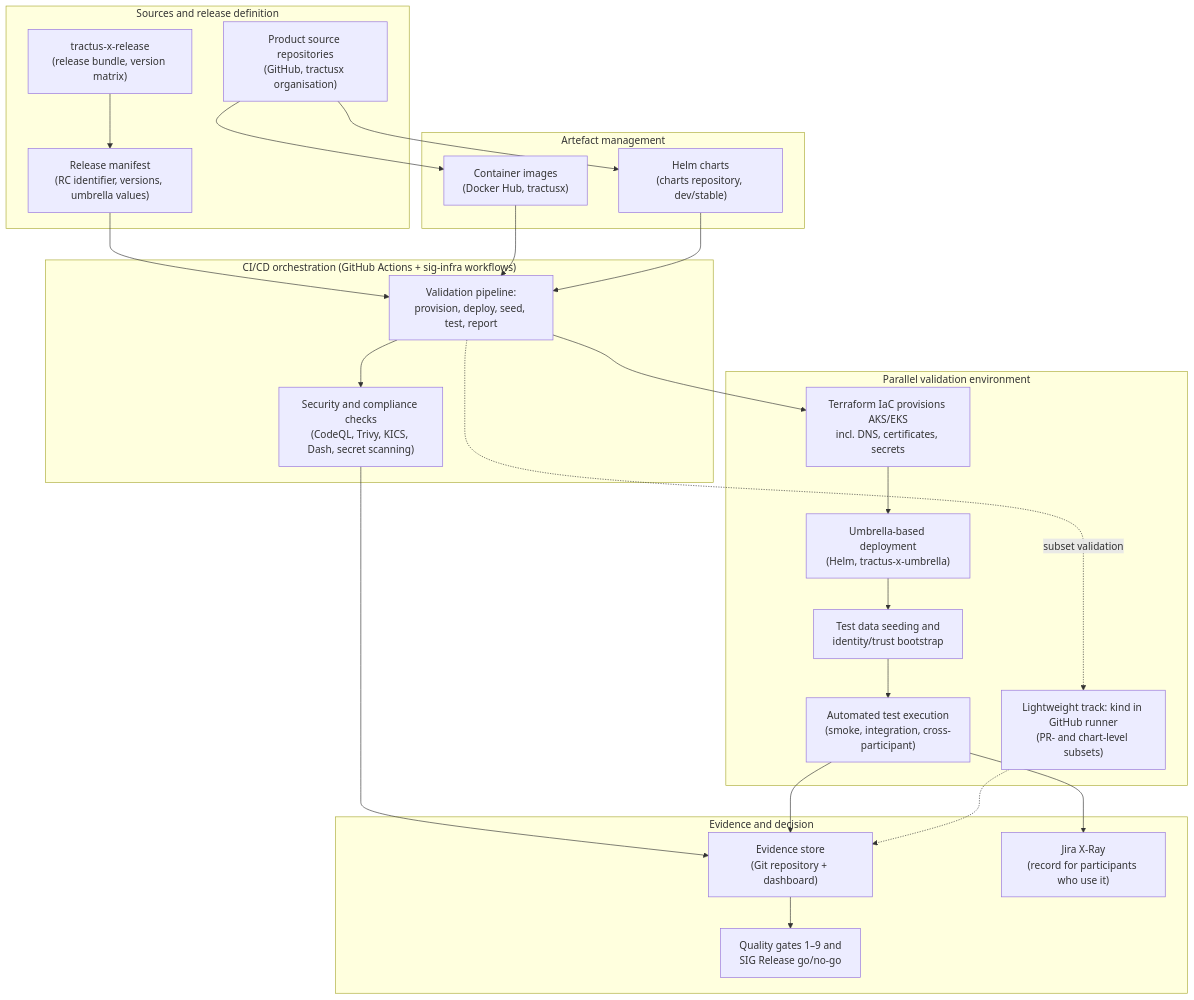
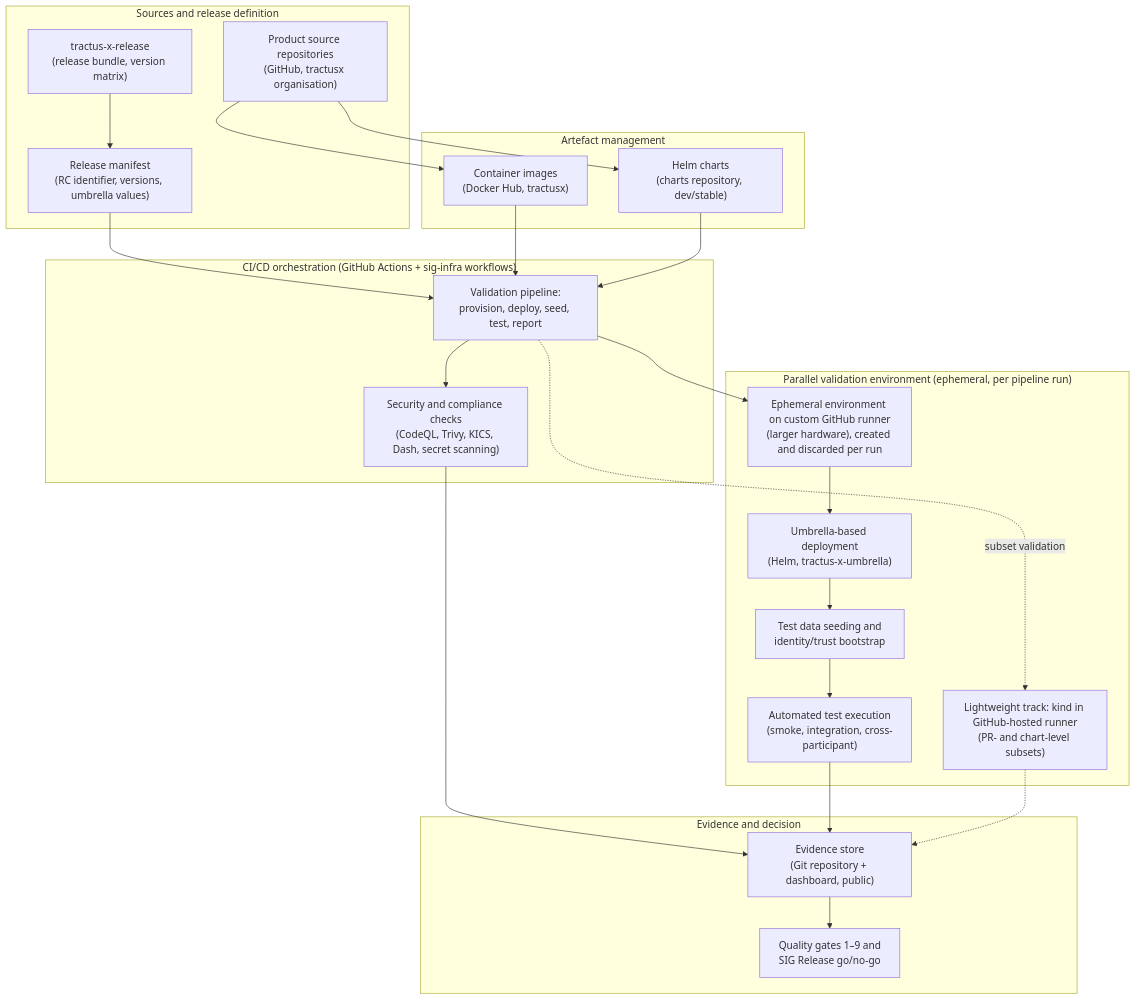
One commit to eclipse-tractusx/sig-release changed the fifth of 7 diagrams in docs/technical-release-engineering.md. Above: the diagram before and after it, drawn with Mermaid. The commit also changed other lines of this file, not shown here.

````diff
--- a/docs/technical-release-engineering.md
+++ b/docs/technical-release-engineering.md
@@ -620,42 +635,40 @@
 ```mermaid
 flowchart TB
     subgraph sgDef["Sources and release definition"]
         SRC["Product source repositories<br/>(GitHub, tractusx organisation)"]
         TXR["tractus-x-release<br/>(release bundle, version matrix)"]
         RM["Release manifest<br/>(RC identifier, versions, umbrella values)"]
     end
     subgraph sgArt["Artefact management"]
         REG["Container images<br/>(Docker Hub, tractusx)"]
         CHR["Helm charts<br/>(charts repository, dev/stable)"]
     end
     subgraph sgCi["CI/CD orchestration (GitHub Actions + sig-infra workflows)"]
         PIPE["Validation pipeline:<br/>provision, deploy, seed, test, report"]
         SEC["Security and compliance checks<br/>(CodeQL, Trivy, KICS, Dash, secret scanning)"]
     end
-    subgraph sgEnv["Parallel validation environment"]
-        IAC["Terraform IaC provisions AKS/EKS<br/>incl. DNS, certificates, secrets"]
+    subgraph sgEnv["Parallel validation environment (ephemeral, per pipeline run)"]
+        ENV["Ephemeral environment on custom GitHub runner<br/>(larger hardware), created and discarded per run"]
         UMB["Umbrella-based deployment<br/>(Helm, tractus-x-umbrella)"]
         SEED["Test data seeding and<br/>identity/trust bootstrap"]
         TEST["Automated test execution<br/>(smoke, integration, cross-participant)"]
-        KIND["Lightweight track: kind in GitHub runner<br/>(PR- and chart-level subsets)"]
+        KIND["Lightweight track: kind in GitHub-hosted runner<br/>(PR- and chart-level subsets)"]
     end
     subgraph sgOut["Evidence and decision"]
-        EVID["Evidence store<br/>(Git repository + dashboard)"]
-        XRAY["Jira X-Ray<br/>(record for participants who use it)"]
+        EVID["Evidence store<br/>(Git repository + dashboard, public)"]
         GATES["Quality gates 1–9 and<br/>SIG Release go/no-go"]
     end
     SRC --> REG
     SRC --> CHR
     TXR --> RM
     RM --> PIPE
     REG --> PIPE
     CHR --> PIPE
-    PIPE --> IAC --> UMB --> SEED --> TEST
+    PIPE --> ENV --> UMB --> SEED --> TEST
     PIPE --> SEC
     PIPE -.->|"subset validation"| KIND
     SEC --> EVID
     TEST --> EVID
-    TEST --> XRAY
     KIND -.-> EVID
     EVID --> GATES
 ```
````
